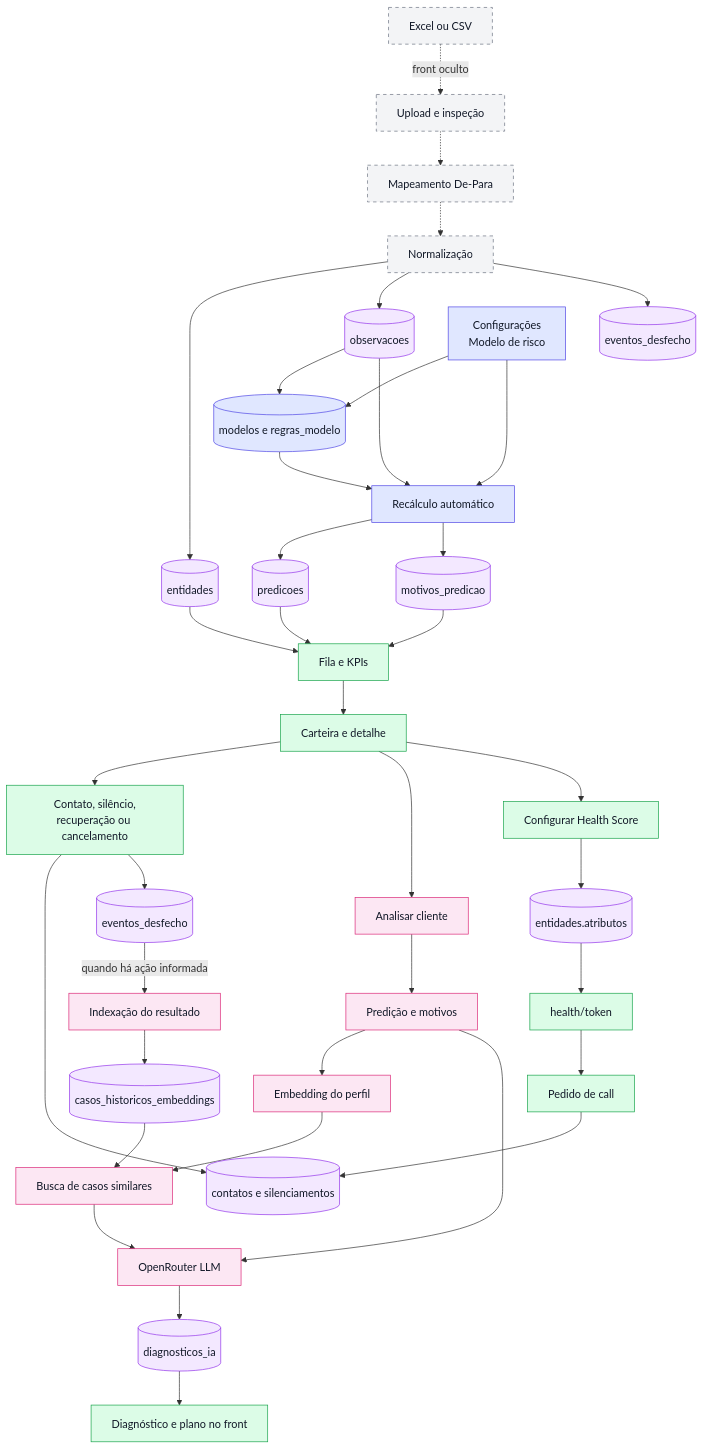
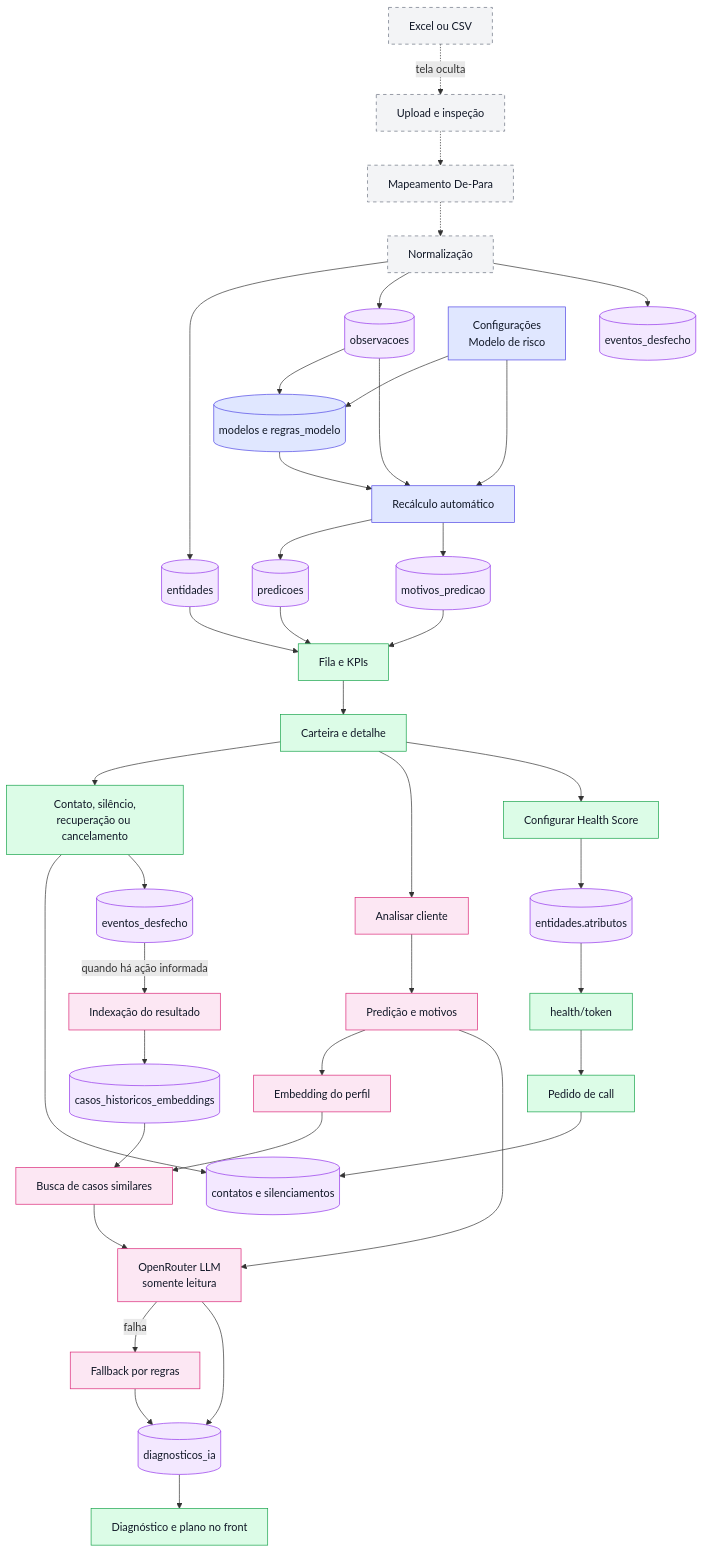
One commit to Hugoalmeida0/Sinalys changed the second of 3 diagrams in docs/fluxograma-projeto-mermaid.md. Above: the diagram before and after it, drawn with Mermaid. The commit also changed other lines of this file and 4 other files, not shown here.

````diff
--- a/docs/fluxograma-projeto-mermaid.md
+++ b/docs/fluxograma-projeto-mermaid.md
@@ -64,57 +65,59 @@
 ```mermaid
 flowchart TD
-    FILE[Excel ou CSV] -. front oculto .-> UP[Upload e inspeção]
+    FILE[Excel ou CSV] -. tela oculta .-> UP[Upload e inspeção]
     UP -.-> MAP[Mapeamento De-Para]
     MAP -.-> NORM[Normalização]
 
     NORM --> ENT[(entidades)]
     NORM --> OBS[(observacoes)]
     NORM --> EVT[(eventos_desfecho)]
 
     OBS --> RULES[(modelos e regras_modelo)]
     CFG[Configurações<br/>Modelo de risco] --> RULES
     CFG --> RECALC[Recálculo automático]
     RULES --> RECALC
     OBS --> RECALC
 
     RECALC --> PRED[(predicoes)]
     RECALC --> MOT[(motivos_predicao)]
     PRED --> QUEUE[Fila e KPIs]
     MOT --> QUEUE
     ENT --> QUEUE
 
     QUEUE --> DETAIL[Carteira e detalhe]
     DETAIL --> ACTIONS[Contato, silêncio,<br/>recuperação ou cancelamento]
     DETAIL --> ANALYZE[Analisar cliente]
     DETAIL --> SHARE[Configurar Health Score]
 
     ANALYZE --> CONTEXT[Predição e motivos]
     CONTEXT --> EMB[Embedding do perfil]
     EMB --> LOOK[Busca de casos similares]
     CASES[(casos_historicos_embeddings)] --> LOOK
-    LOOK --> LLM[OpenRouter LLM]
+    LOOK --> LLM[OpenRouter LLM<br/>somente leitura]
     CONTEXT --> LLM
+    LLM -->|falha| FB[Fallback por regras]
     LLM --> DIAG[(diagnosticos_ia)]
+    FB --> DIAG
     DIAG --> PLAN[Diagnóstico e plano no front]
 
     ACTIONS --> CONTACTS[(contatos e silenciamentos)]
     ACTIONS --> OUTCOME[(eventos_desfecho)]
     OUTCOME -->|quando há ação informada| INDEX[Indexação do resultado]
     INDEX --> CASES
 
     SHARE --> ATTR[(entidades.atributos)]
     ATTR --> PUBLIC[health/token]
     PUBLIC --> REQUEST[Pedido de call]
     REQUEST --> CONTACTS
 
     classDef hidden fill:#f3f4f6,stroke:#6b7280,stroke-dasharray:5 5,color:#111827;
     classDef calc fill:#e0e7ff,stroke:#4f46e5,color:#111827;
     classDef ai fill:#fce7f3,stroke:#db2777,color:#111827;
     classDef data fill:#f3e8ff,stroke:#9333ea,color:#111827;
     classDef front fill:#dcfce7,stroke:#16a34a,color:#111827;
     class FILE,UP,MAP,NORM hidden;
     class RULES,CFG,RECALC calc;
-    class ANALYZE,CONTEXT,EMB,LOOK,LLM,INDEX ai;
+    class ANALYZE,CONTEXT,EMB,LOOK,LLM,FB,INDEX ai;
     class ENT,OBS,EVT,PRED,MOT,CASES,DIAG,CONTACTS,OUTCOME,ATTR data;
     class QUEUE,DETAIL,ACTIONS,PLAN,SHARE,PUBLIC,REQUEST front;
 ```
````
